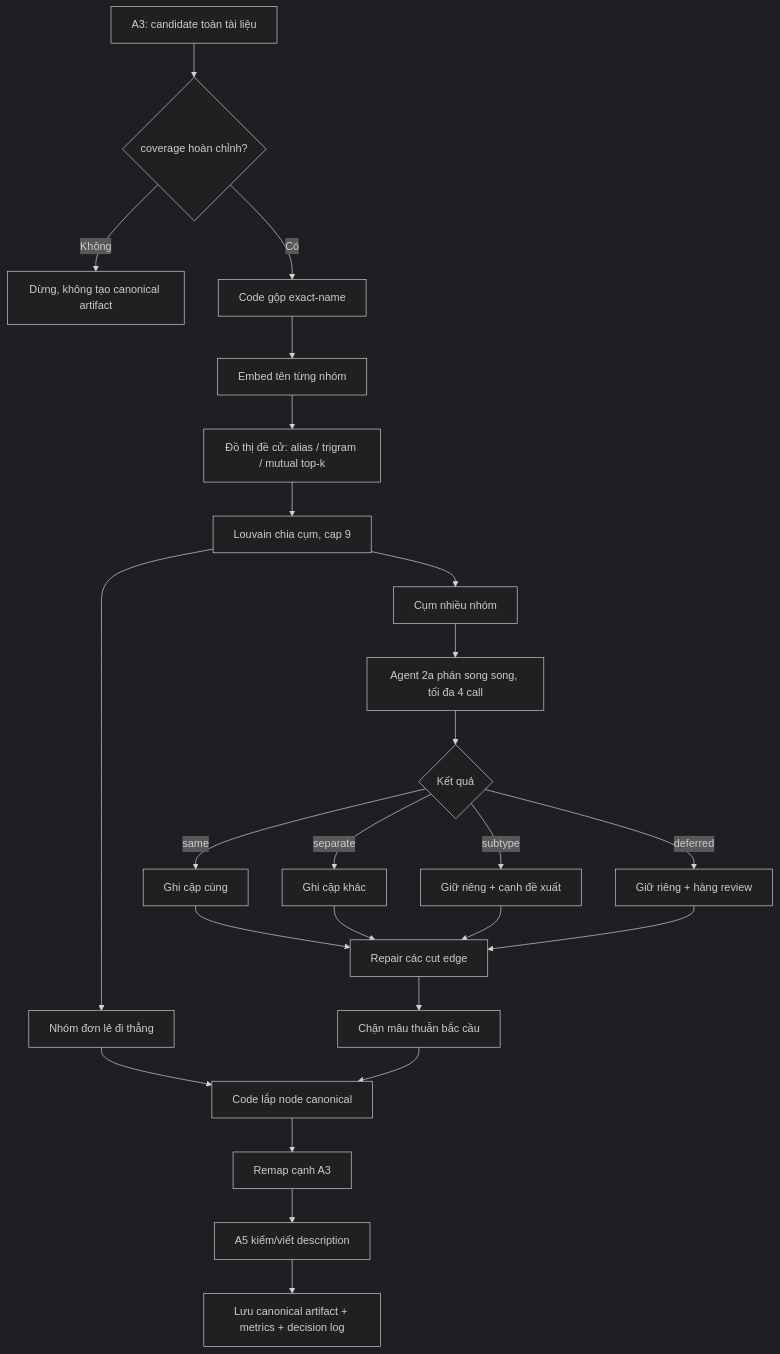
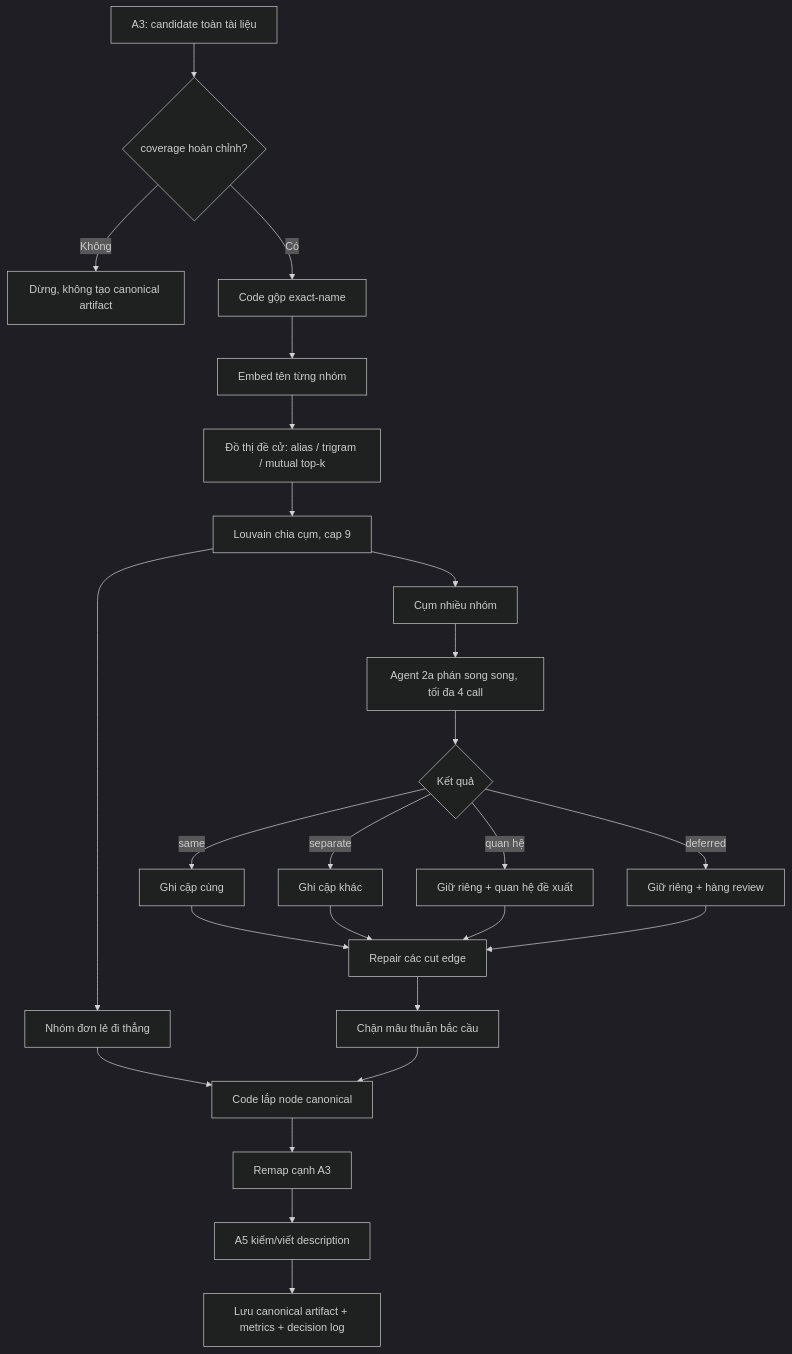
The diagram in report/luong-chi-tiet-agent-2a.md (Thanhngo0812/Doctoroadmap), drawn with Mermaid (dark theme) before and after one commit. The commit also changed other lines of this file and 6 other files, not shown here.

````diff
--- a/report/luong-chi-tiet-agent-2a.md
+++ b/report/luong-chi-tiet-agent-2a.md
@@ -43,27 +44,27 @@
 ```mermaid
 flowchart TD
     A[A3: candidate toàn tài liệu] --> B{coverage hoàn chỉnh?}
     B -- Không --> X[Dừng, không tạo canonical artifact]
     B -- Có --> C[Code gộp exact-name]
     C --> D[Embed tên từng nhóm]
     D --> E[Đồ thị đề cử: alias / trigram / mutual top-k]
     E --> F[Louvain chia cụm, cap 9]
     F --> G[Cụm nhiều nhóm]
     F --> H[Nhóm đơn lẻ đi thẳng]
     G --> I[Agent 2a phán song song, tối đa 4 call]
     I --> J{Kết quả}
     J -->|same| K[Ghi cặp cùng]
     J -->|separate| L[Ghi cặp khác]
-    J -->|subtype| M[Giữ riêng + cạnh đề xuất]
+    J -->|quan hệ| M[Giữ riêng + quan hệ đề xuất]
     J -->|deferred| N[Giữ riêng + hàng review]
     K --> O[Repair các cut edge]
     L --> O
     M --> O
     N --> O
     O --> P[Chặn mâu thuẫn bắc cầu]
     H --> Q[Code lắp node canonical]
     P --> Q
     Q --> R[Remap cạnh A3]
     R --> S[A5 kiểm/viết description]
     S --> T[Lưu canonical artifact + metrics + decision log]
 ```
````
